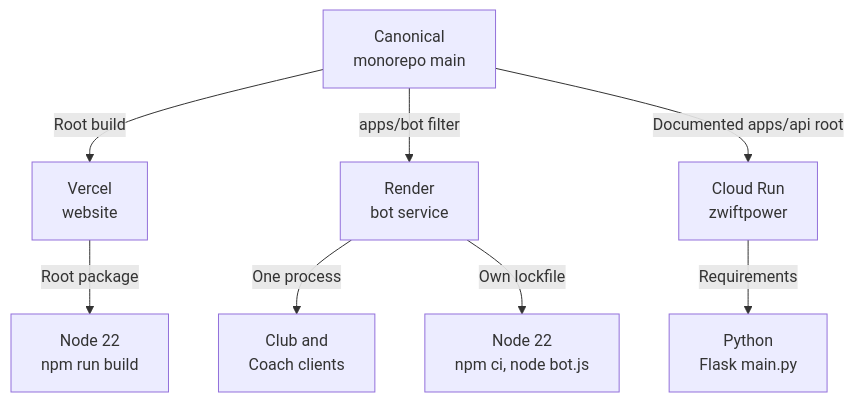
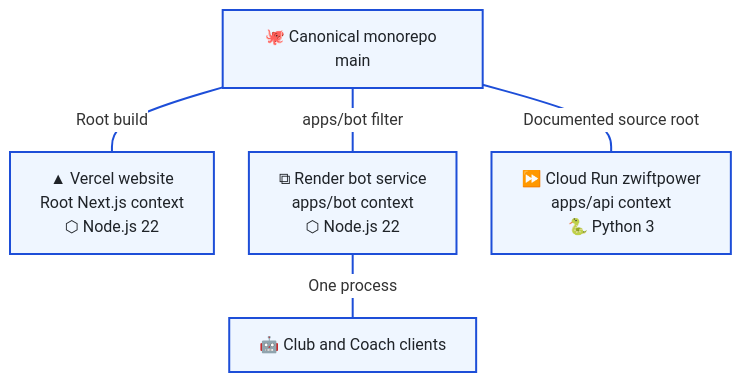
One commit to T00few2/dzr changed the first of 3 diagrams in docs/architecture/operations.md. Above: the diagram before and after it, drawn with Mermaid. The commit also changed other lines of this file and 15 other files, not shown here.

First line of the commit message:
docs: standardize Mermaid notation and map the technology stack

````diff
--- a/docs/architecture/operations.md
+++ b/docs/architecture/operations.md
@@ -9,10 +9,20 @@
 ```mermaid
+---
+config:
+  theme: base
+  themeVariables:
+    edgeLabelBackground: '#ffffff'
+  flowchart:
+    padding: 15
+    nodeSpacing: 35
+    rankSpacing: 40
+---
 flowchart TB
-    repo[Canonical<br/>monorepo main] -->|Root build| vercel[Vercel<br/>website]
-    repo -->|apps/bot filter| render[Render<br/>bot service]
-    repo -->|Documented apps/api root| cloud[Cloud Run<br/>zwiftpower]
-    render -->|One process| clients[Club and<br/>Coach clients]
-    vercel -->|Root package| sitebuild[Node 22<br/>npm run build]
-    render -->|Own lockfile| botbuild[Node 22<br/>npm ci, node bot.js]
-    cloud -->|Requirements| apibuild[Python<br/>Flask main.py]
+    repo["🐙 Canonical monorepo main"] ---|Root build| vercel["▲ Vercel website<br/>Root Next.js context<br/>⬡ Node.js 22"]
+    repo ---|apps/bot filter| render["⧉ Render bot service<br/>apps/bot context<br/>⬡ Node.js 22"]
+    repo ---|Documented source root| cloud["⏩ Cloud Run zwiftpower<br/>apps/api context<br/>🐍 Python 3"]
+    render ---|One process| clients["🤖 Club and Coach clients"]
+    classDef default fill:#eff6ff,stroke:#1d4ed8,stroke-width:2px,color:#1f2328
+    classDef external fill:#fff1f2,stroke:#b91c1c,stroke-width:2px,color:#1f2328
+    linkStyle default stroke:#1d4ed8,stroke-width:2px
 ```
````
